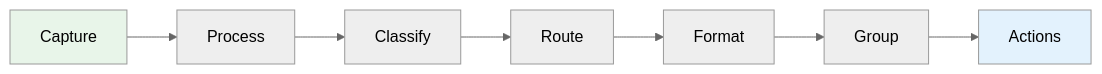
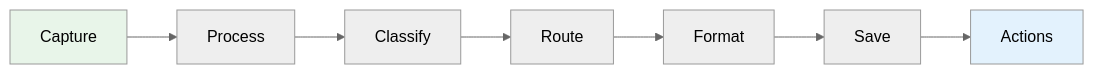
Before and after one commit to chloeliu/notely: the first of 3 diagrams in docs/ARCHITECTURE.md, drawn with Mermaid (neutral theme). The commit also changed other lines of this file and 30 other files, not shown here.

First line of the commit message:
v0.2.0: Unified database system, inline record extraction, schema cleanup

````diff
--- a/docs/ARCHITECTURE.md
+++ b/docs/ARCHITECTURE.md
@@ -9,12 +9,12 @@
 ```mermaid
 flowchart LR
     A[Capture] --> B[Process]
     B --> C[Classify]
     C --> D[Route]
     D --> E[Format]
-    E --> F[Group]
+    E --> F[Save]
     F --> G[Actions]
 
     style A fill:#e8f5e9
     style G fill:#e3f2fd
 ```
````
